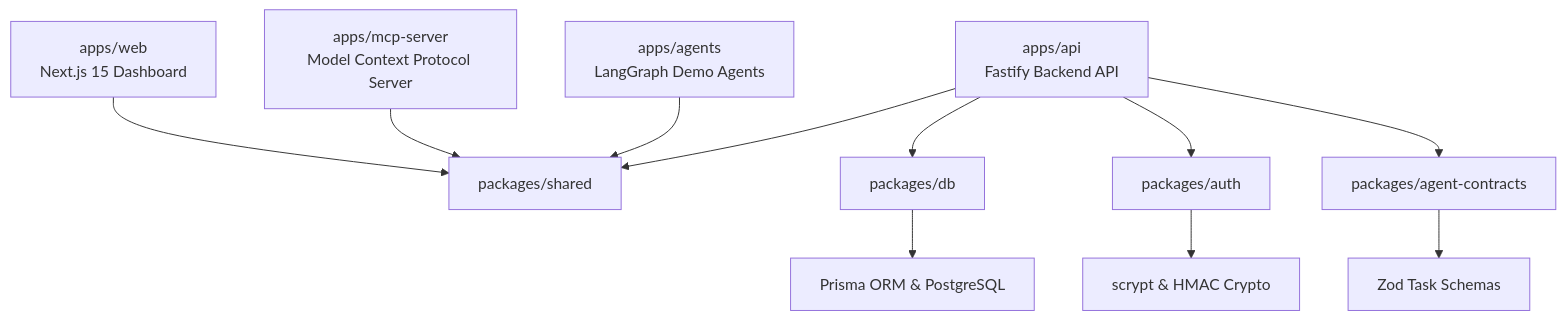
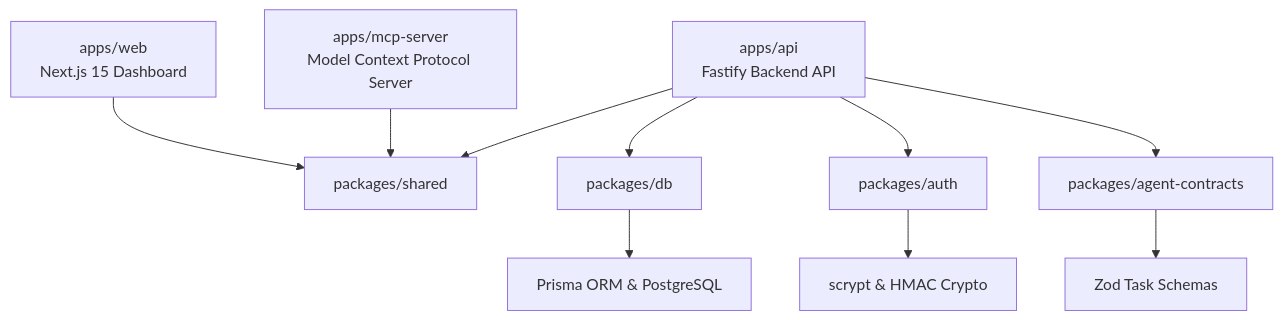
The first of 2 diagrams in README.md (Deadeye102000/Agentready), drawn with Mermaid before and after one commit. The commit also changed other lines of this file and 12 other files, not shown here.

Commit message:
refactor: remove apps/agents workspace, update sandbox UI labels, and sanitize public docs

````diff
--- a/README.md
+++ b/README.md
@@ -85,14 +84,13 @@
 ```mermaid
 graph TD
     apps/web[apps/web<br>Next.js 15 Dashboard] --> packages/shared
     apps/api[apps/api<br>Fastify Backend API] --> packages/shared
     apps/api --> packages/db
     apps/api --> packages/auth
     apps/api --> packages/agent-contracts
     apps/mcp-server[apps/mcp-server<br>Model Context Protocol Server] --> packages/shared
-    apps/agents[apps/agents<br>LangGraph Demo Agents] --> packages/shared
     
     packages/db --> Prisma[Prisma ORM & PostgreSQL]
     packages/auth --> Crypto[scrypt & HMAC Crypto]
     packages/agent-contracts --> Contracts[Zod Task Schemas]
 ```
````
